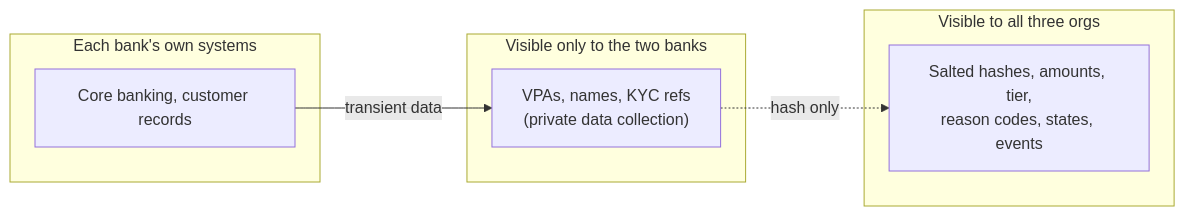
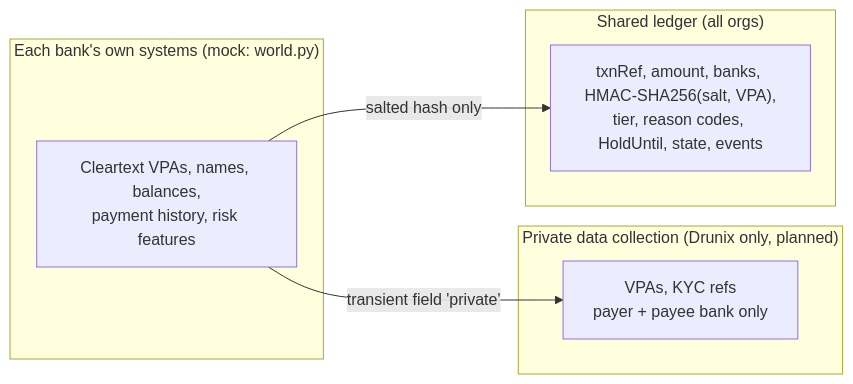
The fifth of 6 diagrams in docs/ARCHITECTURE.md (Karman580/TwoKey), drawn with Mermaid before and after one commit. The commit also changed other lines of this file and 43 other files, not shown here.

First line of the commit message:
Build the TwoKey prototype: chaincode, dev ledger, services, dashboard, simulator

````diff
--- a/docs/ARCHITECTURE.md
+++ b/docs/ARCHITECTURE.md
@@ -143,14 +139,14 @@
 ```mermaid
 flowchart LR
-  subgraph Bank_private["Visible only to the two banks"]
-    V["VPAs, names, KYC refs<br/>(private data collection)"]
+  subgraph Bank["Each bank's own systems (mock: world.py)"]
+    O["Cleartext VPAs, names, balances,<br/>payment history, risk features"]
   end
-  subgraph Shared["Visible to all three orgs"]
-    S["Salted hashes, amounts, tier,<br/>reason codes, states, events"]
+  subgraph Private["Private data collection (Drunix only, planned)"]
+    V["VPAs, KYC refs<br/>payer + payee bank only"]
   end
-  subgraph OffChain["Each bank's own systems"]
-    O["Core banking, customer records"]
+  subgraph Shared["Shared ledger (all orgs)"]
+    S["txnRef, amount, banks, HMAC-SHA256(salt, VPA),<br/>tier, reason codes, HoldUntil, state, events"]
   end
-  O -->|"transient data"| V
-  V -.->|"hash only"| S
+  O -->|"transient field 'private'"| V
+  O -->|"salted hash only"| S
 ```
````
